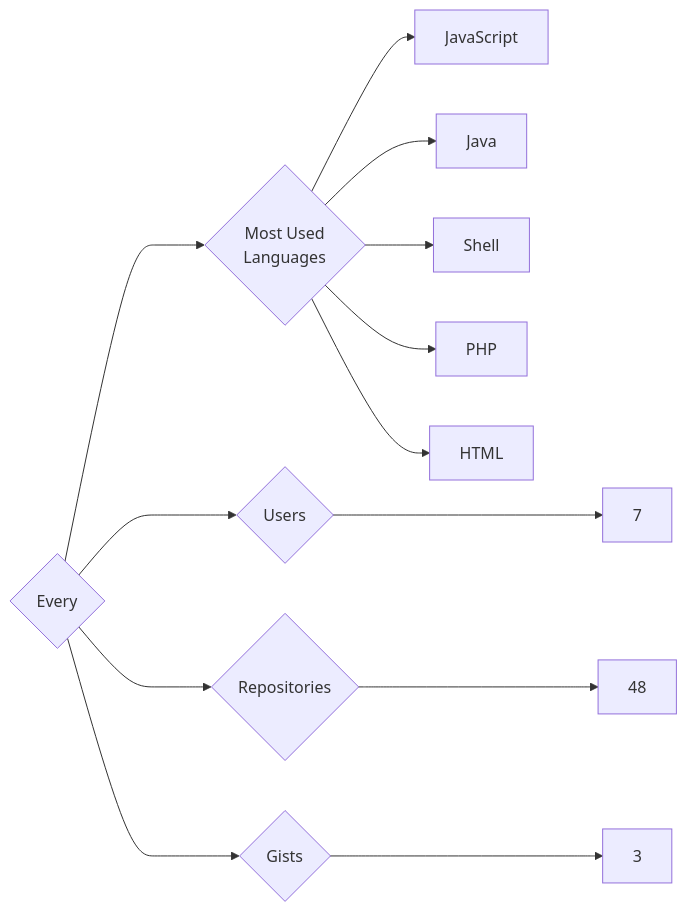
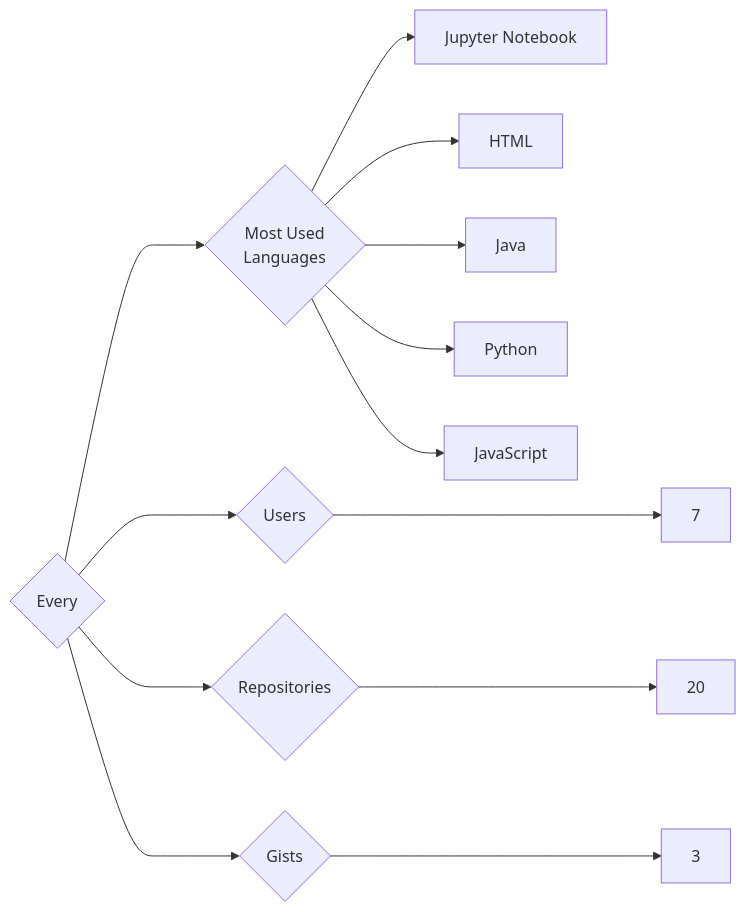
One commit to trickest/insiders changed the diagram in targets/Every/README.md. Above: the diagram before and after it, drawn with Mermaid. The commit also changed 1238 other files, not shown here.

````diff
--- a/targets/Every/README.md
+++ b/targets/Every/README.md
@@ -3,13 +3,13 @@
 ```mermaid
 graph LR
 COMPANY_NAME{Every}
 COMPANY_NAME ---> U{Users} ---> UN[7]
-COMPANY_NAME ---> R{Repositories} ---> RN[48]
+COMPANY_NAME ---> R{Repositories} ---> RN[20]
 COMPANY_NAME ---> G{Gists} ---> GN[3]
 COMPANY_NAME ---> ML{Most Used<br>Languages}
+ML --> Jupyter_Notebook[Jupyter Notebook]
+ML --> HTML[HTML]
+ML --> Java[Java]
+ML --> Python[Python]
 ML --> JavaScript[JavaScript]
-ML --> Java[Java]
-ML --> Shell[Shell]
-ML --> PHP[PHP]
-ML --> HTML[HTML]
 ```
````
